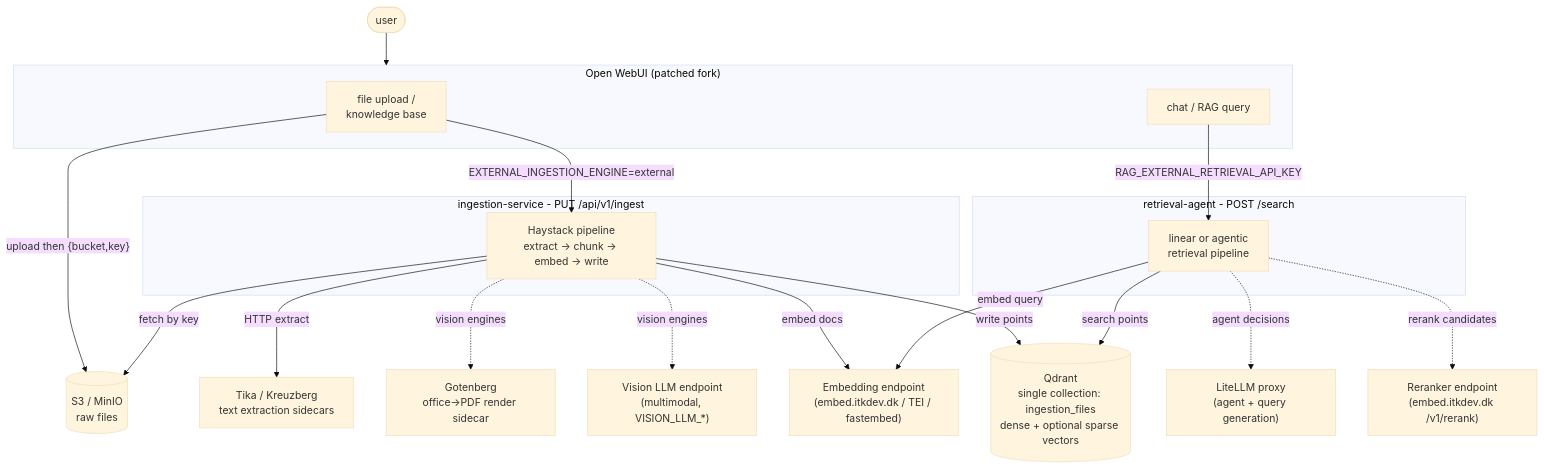
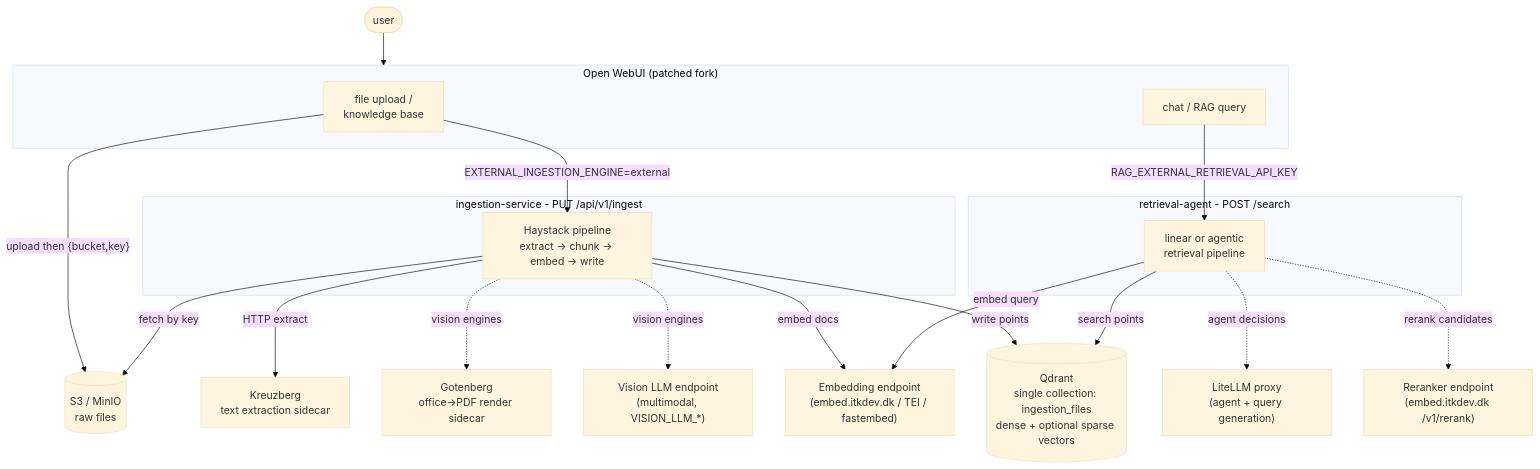
One commit to AarhusAI/documentation changed the first of 5 diagrams in technical/rag.md. Above: the diagram before and after it, drawn with Mermaid (base theme). The commit also changed other lines of this file, not shown here.

````diff
--- a/technical/rag.md
+++ b/technical/rag.md
@@ -56,43 +56,43 @@
 ```mermaid
 flowchart TB
   user([user])
 
   subgraph owb["Open WebUI (patched fork)"]
     upload["file upload /<br/>knowledge base"]
     chat["chat / RAG query"]
   end
 
   subgraph ingest_box["ingestion-service - PUT /api/v1/ingest"]
     ING["Haystack pipeline<br/>extract → chunk → embed → write"]
   end
 
   subgraph retrieve_box["retrieval-agent - POST /search"]
     RET["linear or agentic<br/>retrieval pipeline"]
   end
 
   S3[("S3 / MinIO<br/>raw files")]
-  SIDE["Tika / Kreuzberg<br/>text extraction sidecars"]
+  SIDE["Kreuzberg<br/>text extraction sidecar"]
   GOT["Gotenberg<br/>office→PDF render sidecar"]
   VLM["Vision LLM endpoint<br/>(multimodal, VISION_LLM_*)"]
   EMB["Embedding endpoint<br/>(embed.itkdev.dk / TEI / fastembed)"]
   LLM["LiteLLM proxy<br/>(agent + query generation)"]
   RRK["Reranker endpoint<br/>(embed.itkdev.dk /v1/rerank)"]
   QD[("Qdrant<br/>single collection: ingestion_files<br/>dense + optional sparse vectors")]
 
   user --> owb
   upload -->|"upload then {bucket,key}"| S3
   upload -->|"EXTERNAL_INGESTION_ENGINE=external"| ING
   chat -->|"RAG_EXTERNAL_RETRIEVAL_API_KEY"| RET
 
   ING -->|fetch by key| S3
   ING -->|HTTP extract| SIDE
   ING -.vision engines.-> GOT
   ING -.vision engines.-> VLM
   ING -->|embed docs| EMB
   ING -->|write points| QD
 
   RET -->|embed query| EMB
   RET -.->|agent decisions| LLM
   RET -.->|rerank candidates| RRK
   RET -->|search points| QD
 ```
````
